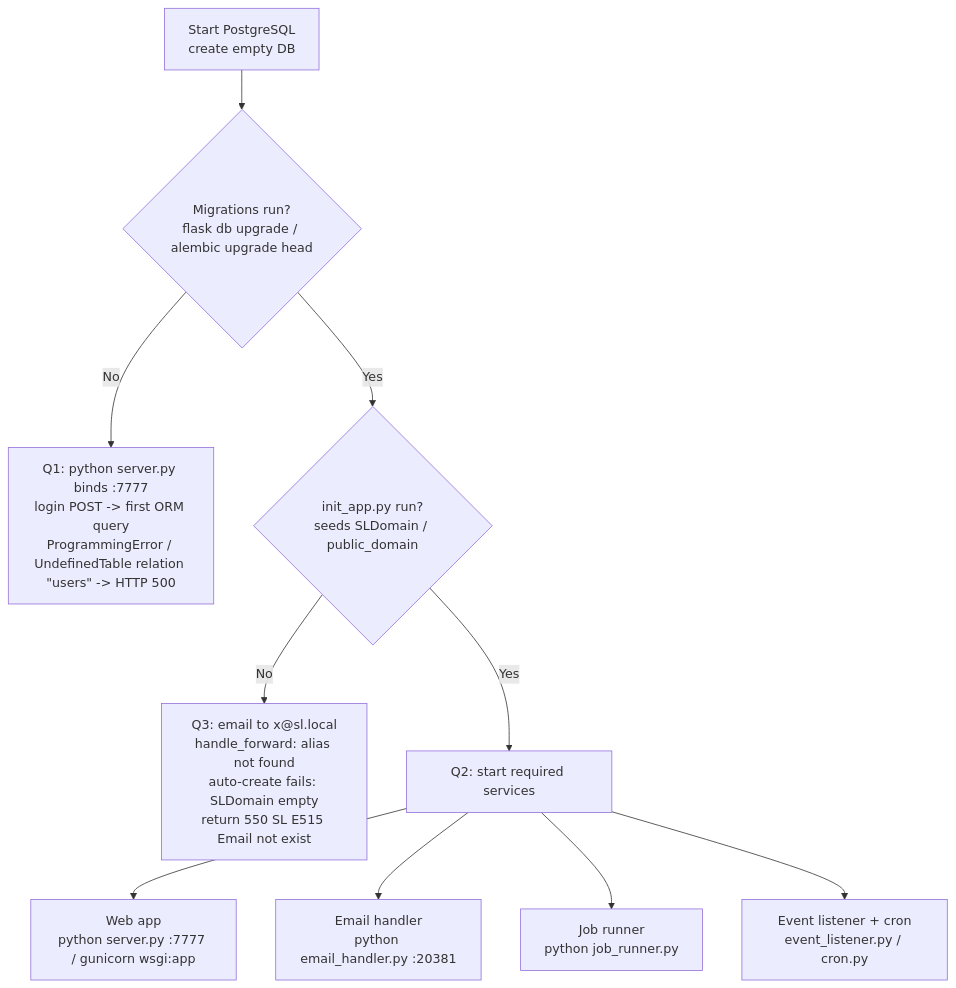
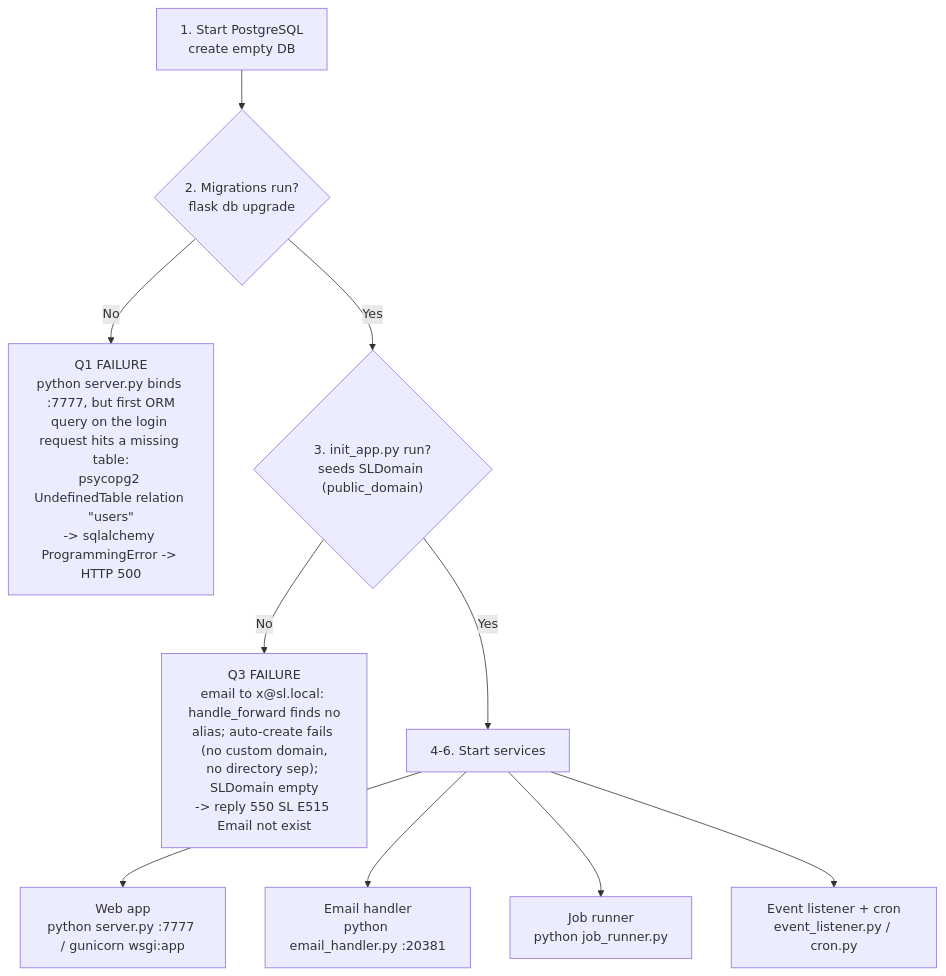
The diagram in blitzy/documentation/app_2cd6ee777f8c.md (blitzy-research/app), drawn with Mermaid before and after one commit. The commit also changed other lines of this file, not shown here.

First line of the commit message:
docs: rebuild SimpleLogin startup Q&A from canonical /app runtime evidence

````diff
--- a/blitzy/documentation/app_2cd6ee777f8c.md
+++ b/blitzy/documentation/app_2cd6ee777f8c.md
@@ -1031,12 +1045,12 @@
 ```mermaid
 flowchart TD
-    A[Start PostgreSQL<br/>create empty DB] --> B{Migrations run?<br/>flask db upgrade / alembic upgrade head}
-    B -- No --> Q1["Q1: python server.py binds :7777<br/>login POST -> first ORM query<br/>ProgrammingError / UndefinedTable relation &quot;users&quot; -> HTTP 500"]
-    B -- Yes --> C{init_app.py run?<br/>seeds SLDomain / public_domain}
-    C -- No --> Q3["Q3: email to x@sl.local<br/>handle_forward: alias not found<br/>auto-create fails: SLDomain empty<br/>return 550 SL E515 Email not exist"]
-    C -- Yes --> D[Q2: start required services]
-    D --> D1[Web app<br/>python server.py :7777 / gunicorn wsgi:app]
-    D --> D2[Email handler<br/>python email_handler.py :20381]
-    D --> D3[Job runner<br/>python job_runner.py]
-    D --> D4[Event listener + cron<br/>event_listener.py / cron.py]
+    A["1. Start PostgreSQL<br/>create empty DB"] --> B{"2. Migrations run?<br/>flask db upgrade"}
+    B -- No --> Q1["Q1 FAILURE<br/>python server.py binds :7777, but first ORM<br/>query on the login request hits a missing table:<br/>psycopg2 UndefinedTable relation &quot;users&quot;<br/>-> sqlalchemy ProgrammingError -> HTTP 500"]
+    B -- Yes --> C{"3. init_app.py run?<br/>seeds SLDomain (public_domain)"}
+    C -- No --> Q3["Q3 FAILURE<br/>email to x@sl.local: handle_forward finds no<br/>alias; auto-create fails (no custom domain,<br/>no directory sep); SLDomain empty<br/>-> reply 550 SL E515 Email not exist"]
+    C -- Yes --> D["4-6. Start services"]
+    D --> D1["Web app<br/>python server.py :7777 / gunicorn wsgi:app"]
+    D --> D2["Email handler<br/>python email_handler.py :20381"]
+    D --> D3["Job runner<br/>python job_runner.py"]
+    D --> D4["Event listener + cron<br/>event_listener.py / cron.py"]
 ```
````
